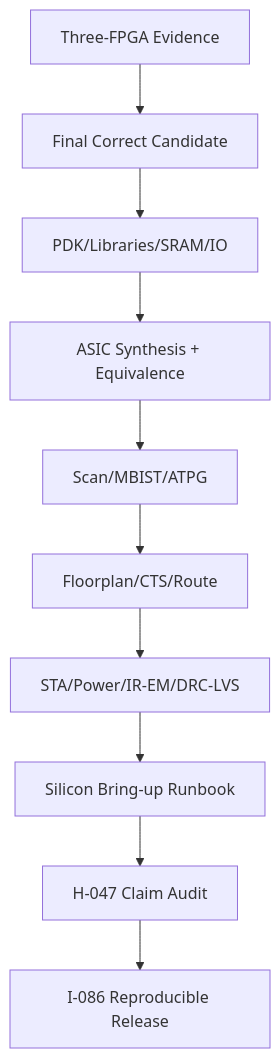
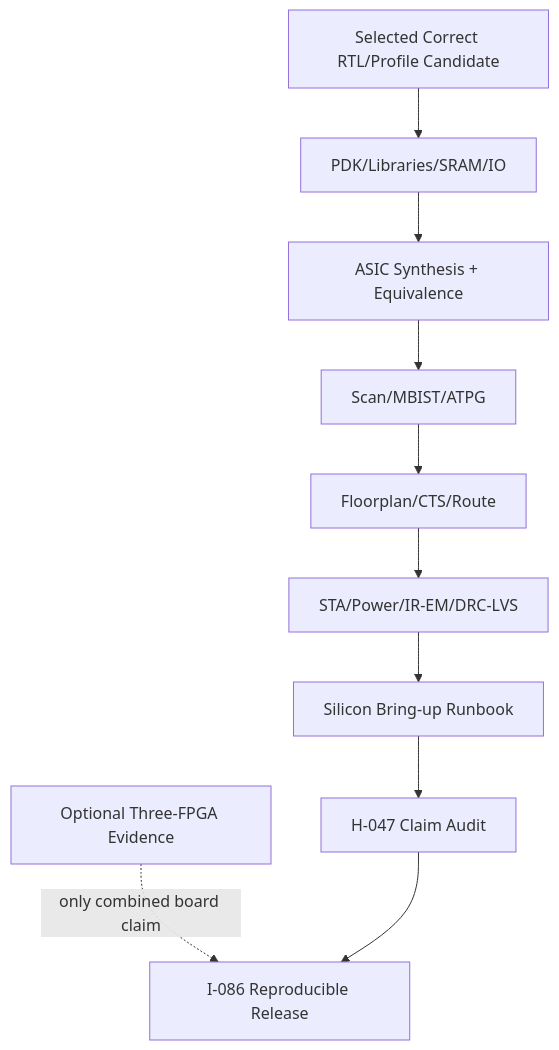
The diagram in docs/stage-8-asic-release.md (BaiTian6641/MosaicRV), drawn with Mermaid before and after one commit. The commit also changed other lines of this file and 10 other files, not shown here.

````diff
--- a/docs/stage-8-asic-release.md
+++ b/docs/stage-8-asic-release.md
@@ -20,12 +20,12 @@
 ```mermaid
 flowchart TD
-  CAND[Final Correct Candidate] --> TECH[PDK/Libraries/SRAM/IO]
+  CAND[Selected Correct RTL/Profile Candidate] --> TECH[PDK/Libraries/SRAM/IO]
   TECH --> SYNTH[ASIC Synthesis + Equivalence]
   SYNTH --> DFT[Scan/MBIST/ATPG]
   DFT --> PHYS[Floorplan/CTS/Route]
   PHYS --> SIGN[STA/Power/IR-EM/DRC-LVS]
   SIGN --> BRINGUP[Silicon Bring-up Runbook]
   BRINGUP --> READY[H-047 Claim Audit]
-  FPGA[Three-FPGA Evidence] --> CAND
-  READY --> RELEASE[I-086 Reproducible Release]
+  FPGA[Optional Three-FPGA Evidence] -. only combined board claim .-> RELEASE[I-086 Reproducible Release]
+  READY --> RELEASE
 ```
````
